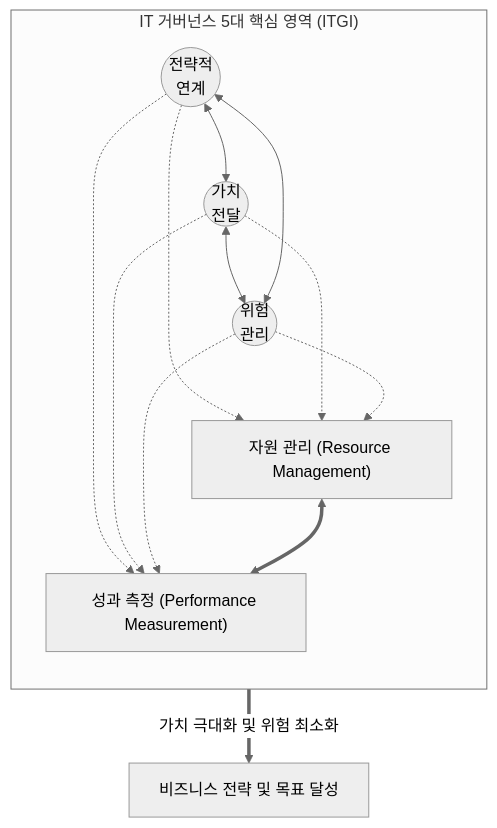
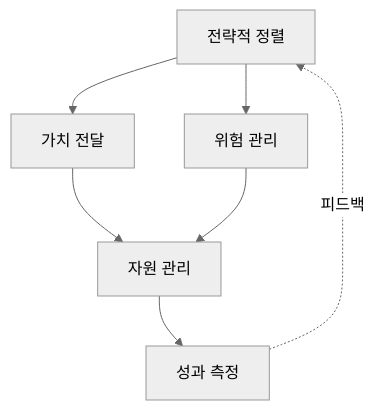
Before and after one commit to supremethumb/supremethumb.github.io: the diagram in content/01_IT Tech/IT 거버넌스.md, drawn with Mermaid (neutral theme). The commit also changed other lines of this file and 1087 other files, not shown here.

````diff
--- a/content/01_IT Tech/IT 거버넌스.md
+++ b/content/01_IT Tech/IT 거버넌스.md
@@ -23,30 +34,9 @@
 ```mermaid
-flowchart TD
-    subgraph IT_Governance["IT 거버넌스 5대 핵심 영역 (ITGI)"]
-        direction TB
-        SA(("전략적<br/>연계"))
-        VD(("가치<br/>전달"))
-        RM(("위험<br/>관리"))
-        
-        SA <--> VD
-        VD <--> RM
-        RM <--> SA
-        
-        RES["자원 관리 (Resource Management)"]
-        PER["성과 측정 (Performance Measurement)"]
-        
-        SA -.-> RES
-        VD -.-> RES
-        RM -.-> RES
-        
-        SA -.-> PER
-        VD -.-> PER
-        RM -.-> PER
-        
-        RES <==> PER
-    end
-
-    BIZ["비즈니스 전략 및 목표 달성"]
-    IT_Governance ==>|가치 극대화 및 위험 최소화| BIZ
-
+flowchart TB
+    SA["전략적 정렬"] --> VD["가치 전달"]
+    SA --> RM["위험 관리"]
+    VD --> RES["자원 관리"]
+    RM --> RES
+    RES --> PM["성과 측정"]
+    PM -.->|"피드백"| SA
 ```
````
